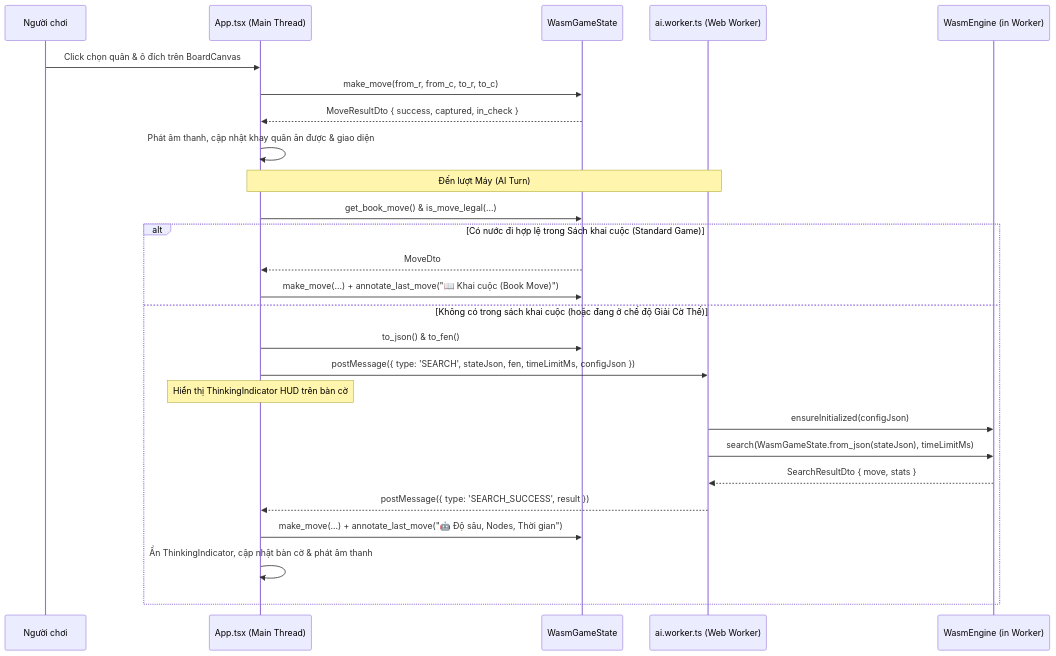
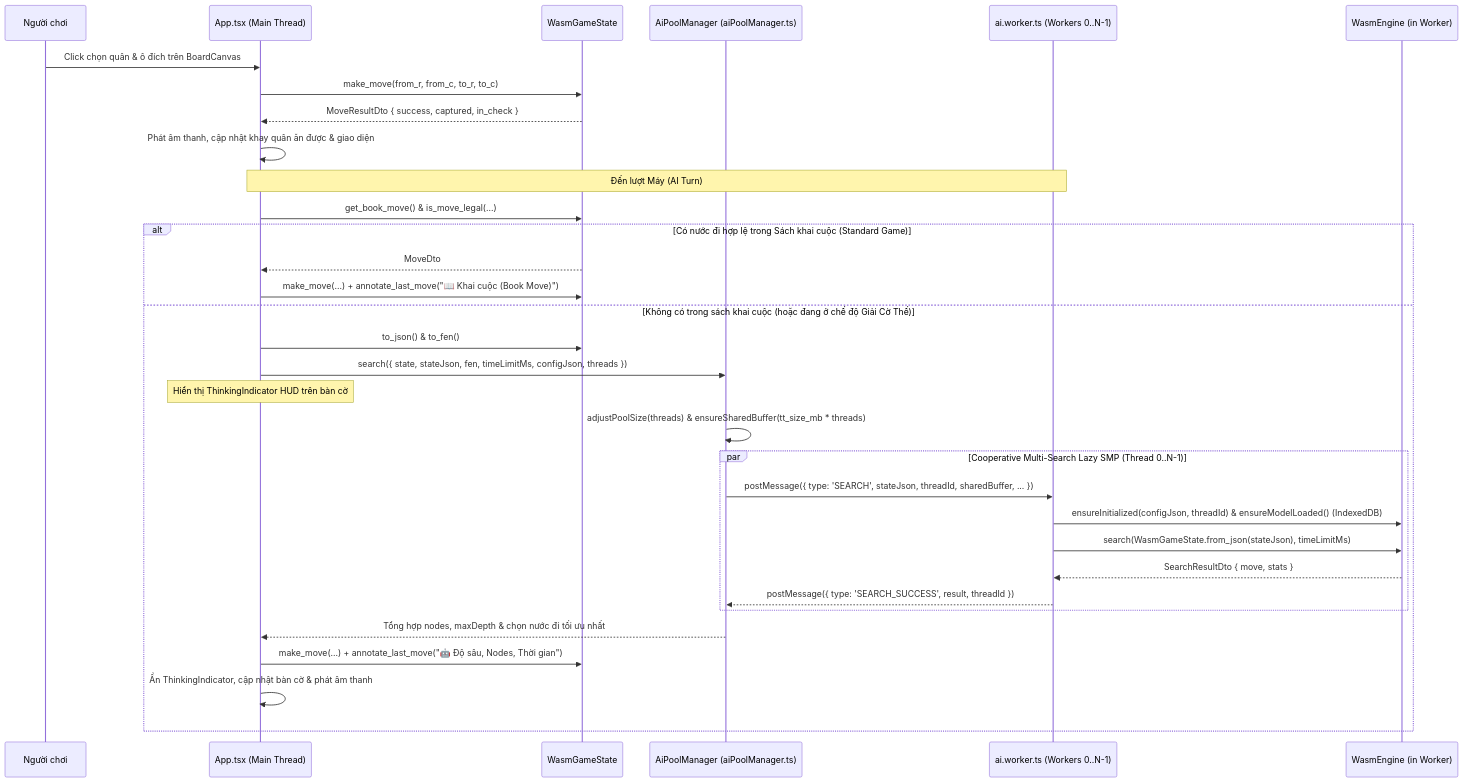
One commit to thichuong/GameCoTuong changed the fifth of 5 diagrams in ARCHITECTURE.md. Above: the diagram before and after it, drawn with Mermaid. The commit also changed other lines of this file and 7 other files, not shown here.

Commit message:
docs: sync ARCHITECTURE.md, README.md, and .agent skills/rules with current architecture

````diff
--- a/ARCHITECTURE.md
+++ b/ARCHITECTURE.md
@@ -299,30 +306,36 @@
 ```mermaid
 sequenceDiagram
     participant User as Người chơi
     participant App as App.tsx (Main Thread)
     participant WGS as WasmGameState
-    participant Worker as ai.worker.ts (Web Worker)
+    participant Pool as AiPoolManager (aiPoolManager.ts)
+    participant Worker as ai.worker.ts (Workers 0..N-1)
     participant WE as WasmEngine (in Worker)
 
     User->>App: Click chọn quân & ô đích trên BoardCanvas
     App->>WGS: make_move(from_r, from_c, to_r, to_c)
     WGS-->>App: MoveResultDto { success, captured, in_check }
     App->>App: Phát âm thanh, cập nhật khay quân ăn được & giao diện
 
     Note over App,Worker: Đến lượt Máy (AI Turn)
     App->>WGS: get_book_move() & is_move_legal(...)
     alt Có nước đi hợp lệ trong Sách khai cuộc (Standard Game)
         WGS-->>App: MoveDto
         App->>WGS: make_move(...) + annotate_last_move("📖 Khai cuộc (Book Move)")
     else Không có trong sách khai cuộc (hoặc đang ở chế độ Giải Cờ Thế)
         App->>WGS: to_json() & to_fen()
-        App->>Worker: postMessage({ type: 'SEARCH', stateJson, fen, timeLimitMs, configJson })
+        App->>Pool: search({ state, stateJson, fen, timeLimitMs, configJson, threads })
         Note over App: Hiển thị ThinkingIndicator HUD trên bàn cờ
-        Worker->>WE: ensureInitialized(configJson)
-        Worker->>WE: search(WasmGameState.from_json(stateJson), timeLimitMs)
-        WE-->>Worker: SearchResultDto { move, stats }
-        Worker-->>App: postMessage({ type: 'SEARCH_SUCCESS', result })
+        Pool->>Pool: adjustPoolSize(threads) & ensureSharedBuffer(tt_size_mb * threads)
+        par Cooperative Multi-Search Lazy SMP (Thread 0..N-1)
+            Pool->>Worker: postMessage({ type: 'SEARCH', stateJson, threadId, sharedBuffer, ... })
+            Worker->>WE: ensureInitialized(configJson, threadId) & ensureModelLoaded() (IndexedDB)
+            Worker->>WE: search(WasmGameState.from_json(stateJson), timeLimitMs)
+            WE-->>Worker: SearchResultDto { move, stats }
+            Worker-->>Pool: postMessage({ type: 'SEARCH_SUCCESS', result, threadId })
+        end
+        Pool-->>App: Tổng hợp nodes, maxDepth & chọn nước đi tối ưu nhất
         App->>WGS: make_move(...) + annotate_last_move("🤖 Độ sâu, Nodes, Thời gian")
         App->>App: Ẩn ThinkingIndicator, cập nhật bàn cờ & phát âm thanh
     end
 ```
````
